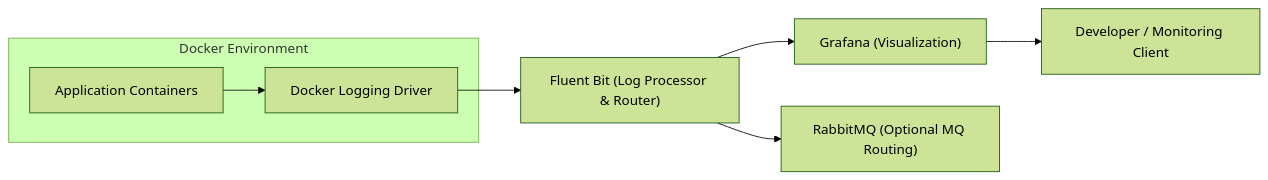
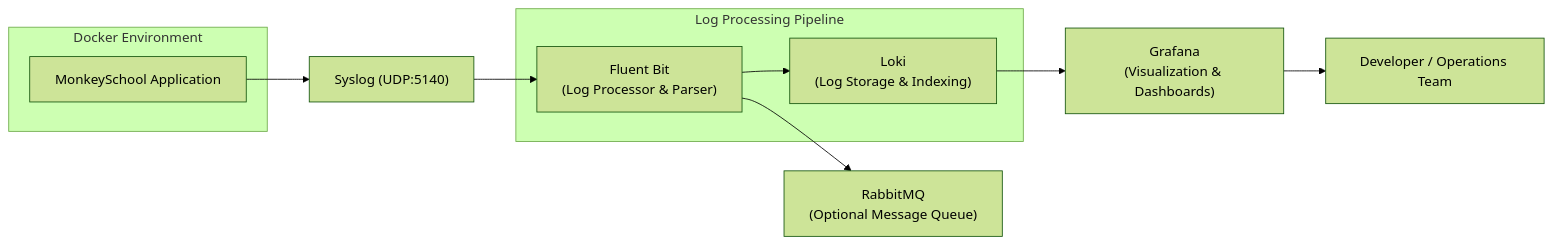
The diagram in docs/ADR/ADR006-Telemetry Pipeline Architecture.md (CSE210-FA25-Team02/MonkeySchool), drawn with Mermaid (forest theme) before and after one commit. The commit also changed other lines of this file and 2 other files, not shown here.

````diff
--- a/docs/ADR/ADR006-Telemetry Pipeline Architecture.md
+++ b/docs/ADR/ADR006-Telemetry Pipeline Architecture.md
@@ -78,14 +85,19 @@
 ```mermaid
 flowchart LR
     subgraph DockerEnv["Docker Environment"]
-        App["Application Containers"]
-        App --> DockerDriver["Docker Logging Driver"]
+        App["MonkeySchool Application"]
     end
-
-    DockerDriver --> FluentBit["Fluent Bit (Log Processor & Router)"]
-
-    FluentBit --> Grafana["Grafana (Visualization)"]
-    FluentBit --> RabbitMQ["RabbitMQ (Optional MQ Routing)"]
-
-    Grafana --> Developer["Developer / Monitoring Client"]
+    
+    App --> Syslog["Syslog (UDP:5140)"]
+    Syslog --> FluentBit["Fluent Bit<br/>(Log Processor & Parser)"]
+    FluentBit --> Loki["Loki<br/>(Log Storage & Indexing)"]
+    Loki --> Grafana["Grafana<br/>(Visualization & Dashboards)"]
+    FluentBit --> RabbitMQ["RabbitMQ<br/>(Optional Message Queue)"]
+    
+    Grafana --> Developer["Developer / Operations Team"]
+    
+    subgraph Processing["Log Processing Pipeline"]
+        FluentBit
+        Loki
+    end
 ```
````
